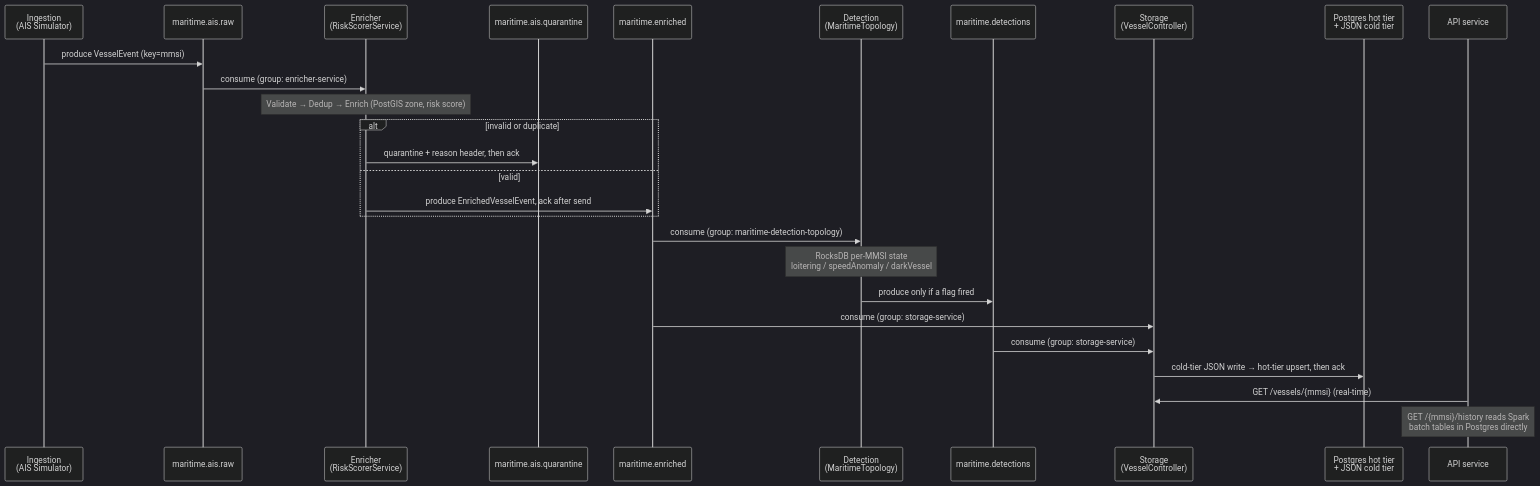
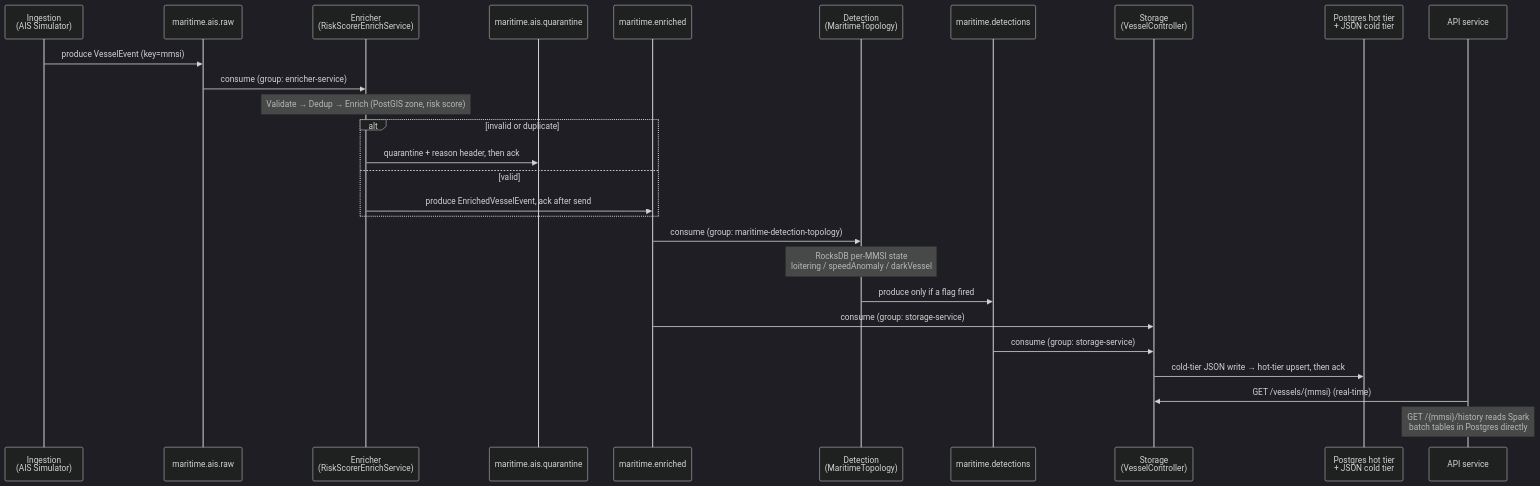
Before and after one commit to IgorGorchakov/maritime-ingestion-system: the diagram in README.md, drawn with Mermaid (dark theme). The commit also changed other lines of this file and 4 other files, not shown here.

````diff
--- a/README.md
+++ b/README.md
@@ -205,33 +205,33 @@
 ```mermaid
 sequenceDiagram
     participant SIM as Ingestion<br/>(AIS Simulator)
     participant RAW as maritime.ais.raw
-    participant RSS as Enricher<br/>(RiskScorerService)
+    participant RSS as Enricher<br/>(RiskScorerEnrichService)
     participant Q as maritime.ais.quarantine
     participant ENR as maritime.enriched
     participant TOP as Detection<br/>(MaritimeTopology)
     participant DET as maritime.detections
     participant STO as Storage<br/>(VesselController)
     participant DB as Postgres hot tier<br/>+ JSON cold tier
     participant GW as API service
 
     SIM->>RAW: produce VesselEvent (key=mmsi)
     RAW->>RSS: consume (group: enricher-service)
     Note over RSS: Validate → Dedup → Enrich (PostGIS zone, risk score)
     alt invalid or duplicate
         RSS->>Q: quarantine + reason header, then ack
     else valid
         RSS->>ENR: produce EnrichedVesselEvent, ack after send
     end
 
     ENR->>TOP: consume (group: maritime-detection-topology)
     Note over TOP: RocksDB per-MMSI state<br/>loitering / speedAnomaly / darkVessel
     TOP->>DET: produce only if a flag fired
 
     ENR->>STO: consume (group: storage-service)
     DET->>STO: consume (group: storage-service)
     STO->>DB: cold-tier JSON write → hot-tier upsert, then ack
 
     GW->>STO: GET /vessels/{mmsi} (real-time)
     Note over GW: GET /{mmsi}/history reads Spark<br/>batch tables in Postgres directly
 ```
````
